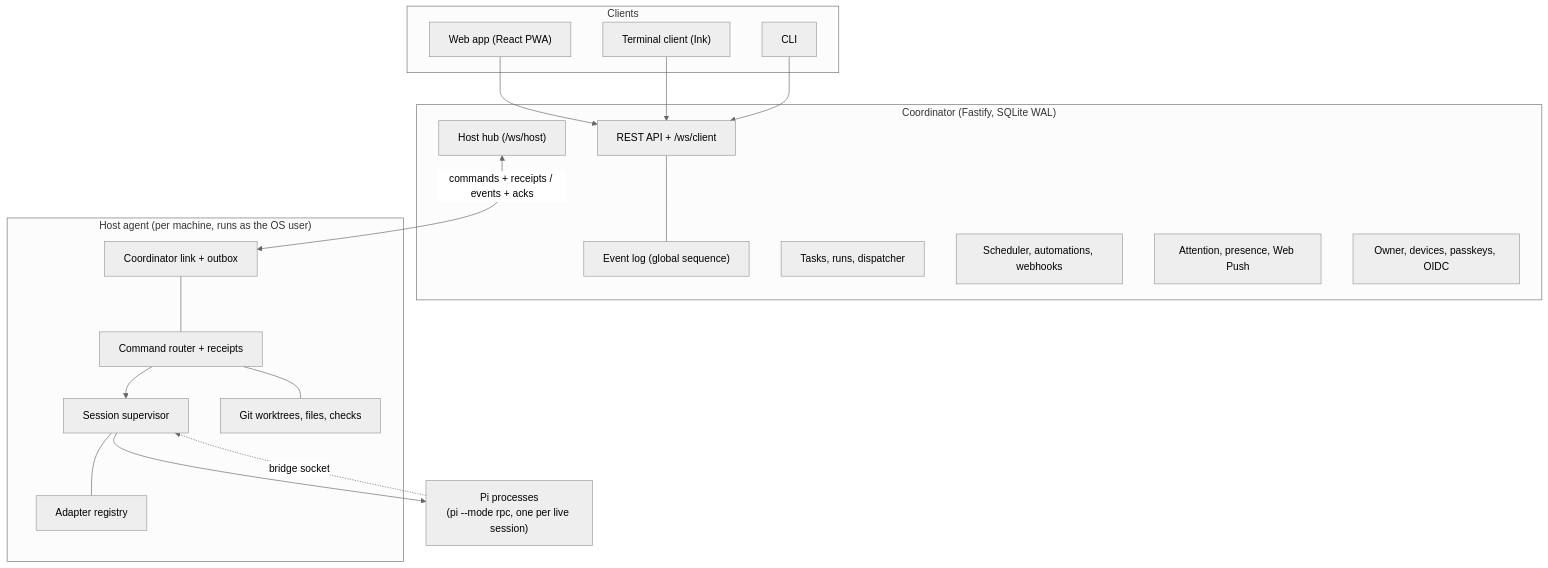
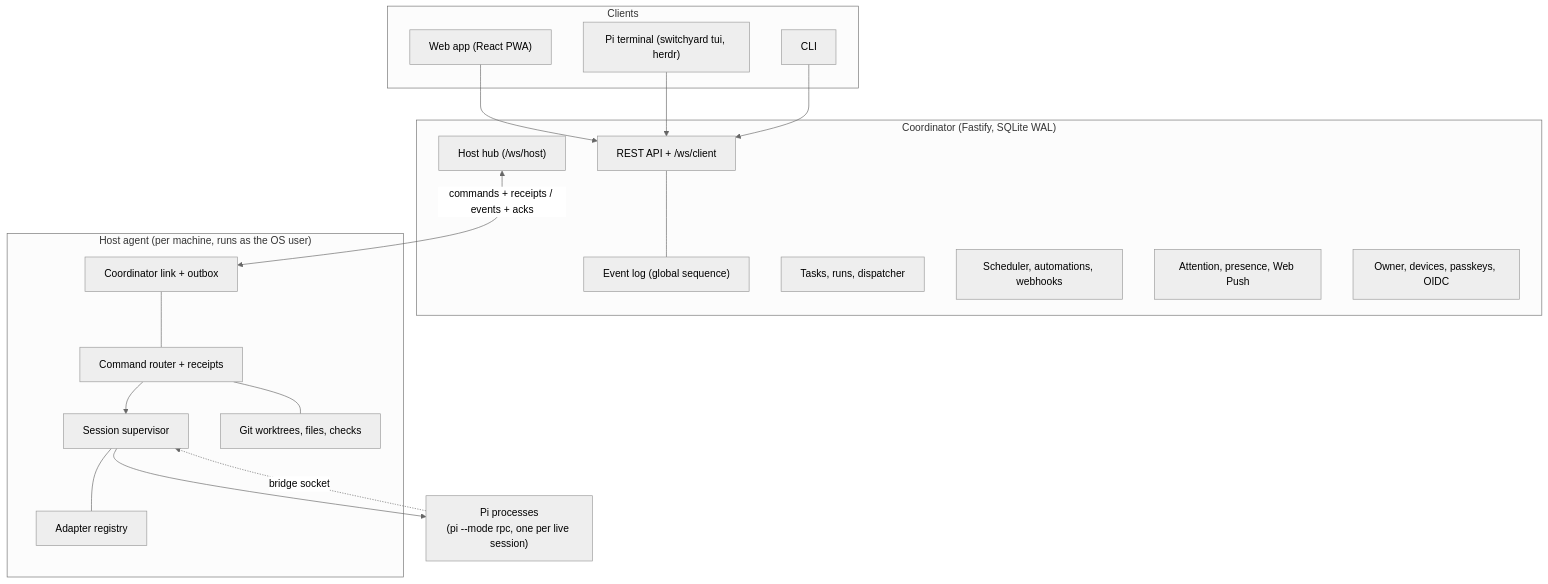
The diagram in docs/architecture.md (justmytwospence/switchyard), drawn with Mermaid (neutral theme) before and after one commit. The commit also changed other lines of this file and 5 other files, not shown here.

Commit message:
docs: Pi terminals by default, no custom terminal client

````diff
--- a/docs/architecture.md
+++ b/docs/architecture.md
@@ -5,36 +5,36 @@
 ```mermaid
 flowchart TB
   subgraph clients["Clients"]
     web["Web app (React PWA)"]
-    tui["Terminal client (Ink)"]
+    tui["Pi terminal (switchyard tui, herdr)"]
     cli["CLI"]
   end
 
   subgraph coordinator["Coordinator (Fastify, SQLite WAL)"]
     api["REST API + /ws/client"]
     events["Event log (global sequence)"]
     tasks["Tasks, runs, dispatcher"]
     sched["Scheduler, automations, webhooks"]
     attn["Attention, presence, Web Push"]
     auth["Owner, devices, passkeys, OIDC"]
     hub["Host hub (/ws/host)"]
   end
 
   subgraph host["Host agent (per machine, runs as the OS user)"]
     link["Coordinator link + outbox"]
     router["Command router + receipts"]
     sup["Session supervisor"]
     adapters["Adapter registry"]
     git["Git worktrees, files, checks"]
   end
 
   pi["Pi processes<br/>(pi --mode rpc, one per live session)"]
 
   web & tui & cli --> api
   api --- events
   hub <-->|"commands + receipts / events + acks"| link
   link --- router --> sup --> pi
   sup --- adapters
   router --- git
   pi -. "bridge socket" .-> sup
 ```
````
